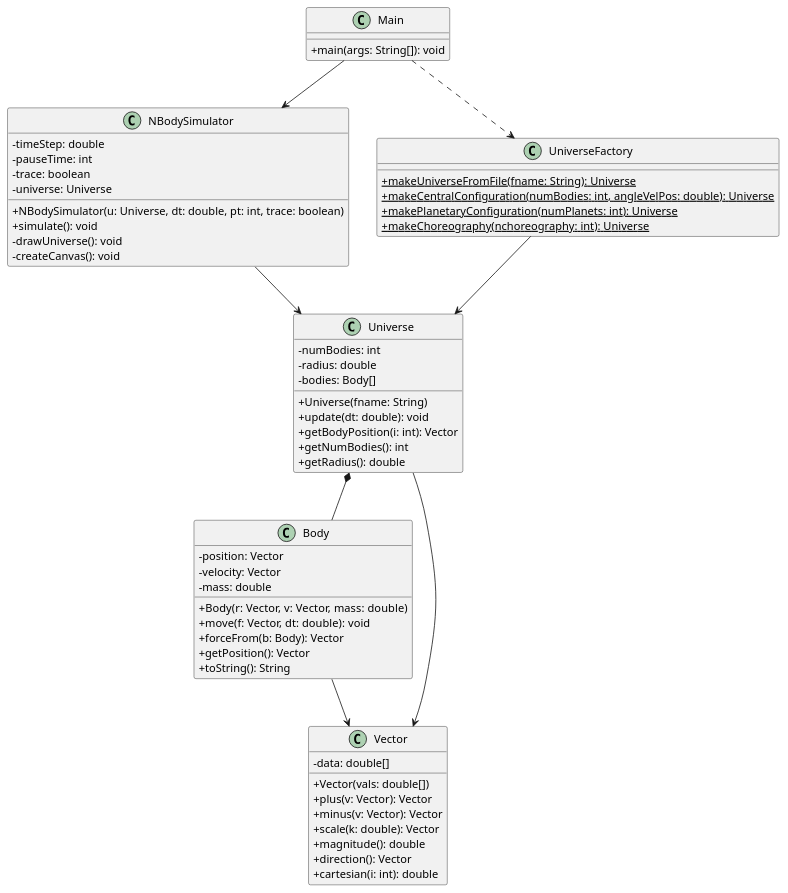
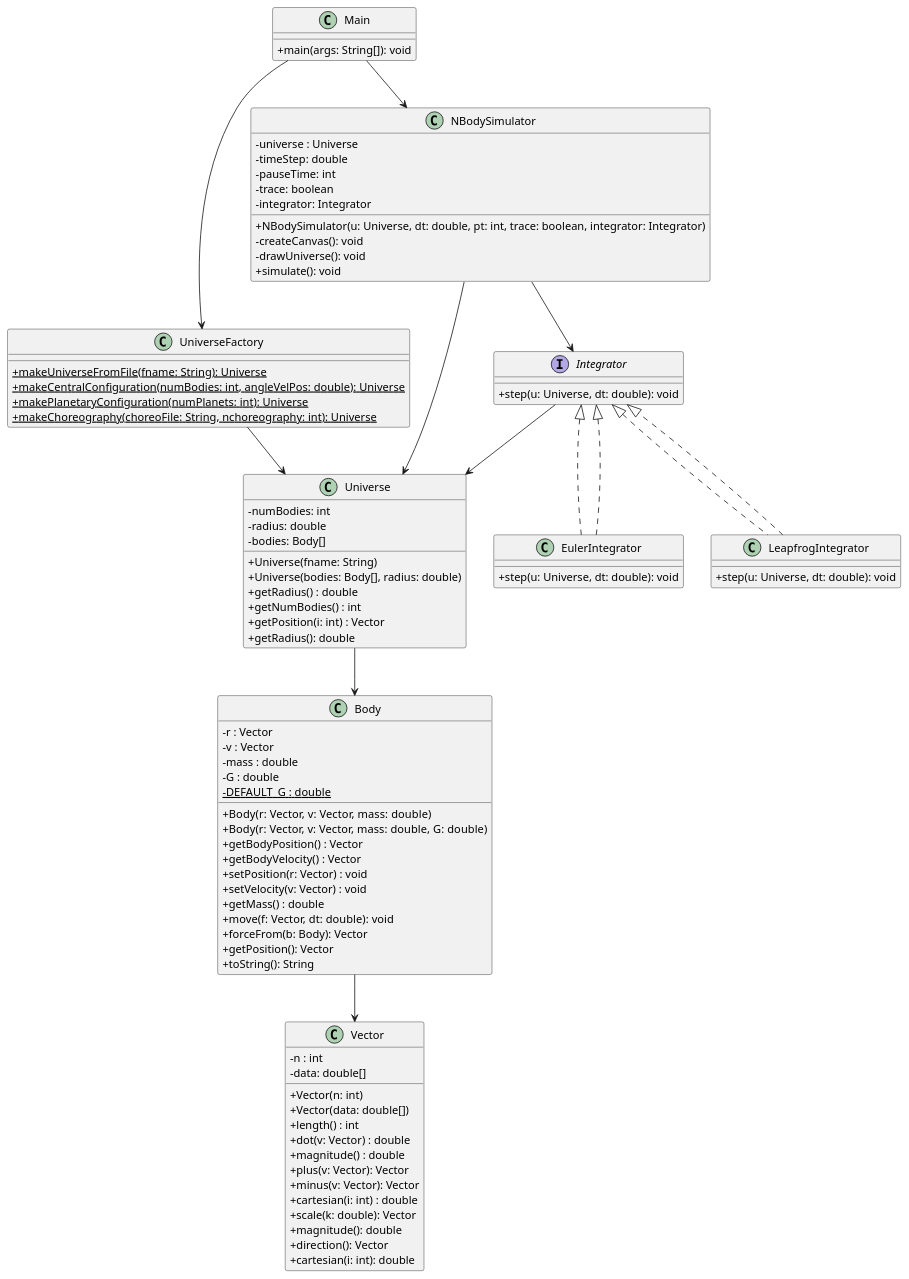
Before and after one commit to 1670166YoussefR/nbody_Entrega: the diagram in src/Class.puml, drawn with PlantUML. The commit also changed 3 other files, not shown here.

```diff
--- a/src/Class.puml
+++ b/src/Class.puml
@@ -1,66 +1,98 @@
 @startuml
 skinparam classAttributeIconSize 0
 
 class Main {
   + main(args: String[]): void
 }
 
 class NBodySimulator {
+  - universe : Universe
   - timeStep: double
   - pauseTime: int
   - trace: boolean
-  - universe: Universe
-  + NBodySimulator(u: Universe, dt: double, pt: int, trace: boolean)
+  - integrator: Integrator
+  + NBodySimulator(u: Universe, dt: double, pt: int, trace: boolean, integrator: Integrator)
+  - createCanvas(): void
+  - drawUniverse(): void
   + simulate(): void
-  - drawUniverse(): void
-  - createCanvas(): void
 }
 
 class Universe {
   - numBodies: int
   - radius: double
   - bodies: Body[]
   + Universe(fname: String)
-  + update(dt: double): void
-  + getBodyPosition(i: int): Vector
-  + getNumBodies(): int
+  + Universe(bodies: Body[], radius: double)
+  + getRadius() : double
+  + getNumBodies() : int
+  + getPosition(i: int) : Vector
   + getRadius(): double
 }
 
 class Body {
-  - position: Vector
-  - velocity: Vector
-  - mass: double
+  - r : Vector
+  - v : Vector
+  - mass : double
+  - G : double
+  {static} - DEFAULT_G : double
   + Body(r: Vector, v: Vector, mass: double)
+  + Body(r: Vector, v: Vector, mass: double, G: double)
+  + getBodyPosition() : Vector
+  + getBodyVelocity() : Vector
+  + setPosition(r: Vector) : void
+  + setVelocity(v: Vector) : void
+  + getMass() : double
   + move(f: Vector, dt: double): void
   + forceFrom(b: Body): Vector
   + getPosition(): Vector
   + toString(): String
 }
 
 class Vector {
+  - n : int
   - data: double[]
-  + Vector(vals: double[])
+  + Vector(n: int)
+  + Vector(data: double[])
+  + length() : int
+  + dot(v: Vector) : double
+  + magnitude() : double
   + plus(v: Vector): Vector
   + minus(v: Vector): Vector
+  + cartesian(i: int) : double
   + scale(k: double): Vector
   + magnitude(): double
   + direction(): Vector
   + cartesian(i: int): double
 }
 
 class UniverseFactory {
   {static} + makeUniverseFromFile(fname: String): Universe
   {static} + makeCentralConfiguration(numBodies: int, angleVelPos: double): Universe
   {static} + makePlanetaryConfiguration(numPlanets: int): Universe
-  {static} + makeChoreography(nchoreography: int): Universe
+  {static} + makeChoreography(choreoFile: String, nchoreography: int): Universe
 }
 
+interface Integrator {
+  + step(u: Universe, dt: double): void
+}
+
+class EulerIntegrator implements Integrator {
+  + step(u: Universe, dt: double): void
+}
+
+class LeapfrogIntegrator implements Integrator {
+  + step(u: Universe, dt: double): void
+}
+
+' Relaciones
 Main --> NBodySimulator
-Main ..> UniverseFactory
+Main --> UniverseFactory
+NBodySimulator --> Universe
+NBodySimulator --> Integrator
 UniverseFactory --> Universe
-NBodySimulator --> Universe
-Universe *-- Body
+Universe --> Body
+Integrator --> Universe
+EulerIntegrator ..|> Integrator
+LeapfrogIntegrator ..|> Integrator
 Body --> Vector
-Universe --> Vector
 @enduml
```
